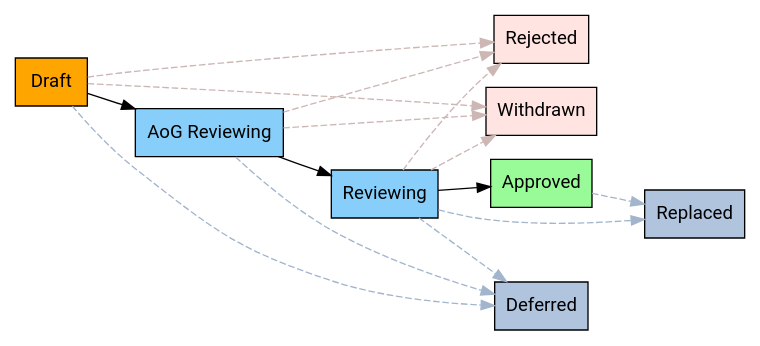
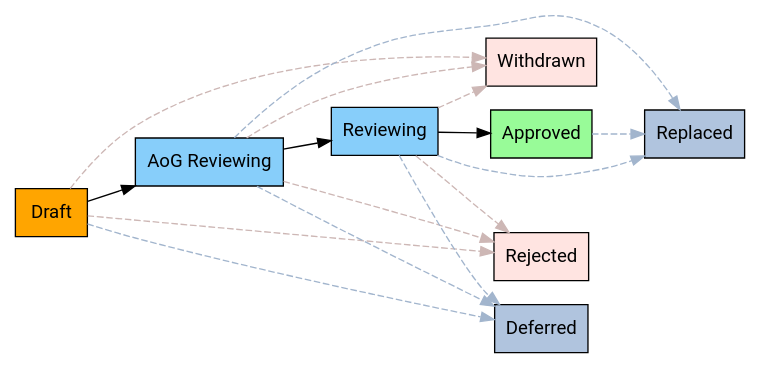
The second of 2 diagrams in aip/aog/3001.md (aip-dev/google.aip.dev), drawn with Graphviz before and after one commit.

Commit message:
[AIP-3001] Add an edge from "AoG Reviewing" to "Replaced" in the state graph.

````diff
--- a/aip/aog/3001.md
+++ b/aip/aog/3001.md
@@ -93,29 +93,30 @@
 ```graphviz
 digraph d_front_back {
   rankdir=LR;
   node [ style="filled,solid" shape=box fontname="Roboto" ];
   draft [ label="Draft" fillcolor="orange" ];
   aog_reviewing [ label="AoG Reviewing" fillcolor="lightskyblue" ];
   reviewing [ label="Reviewing" fillcolor="lightskyblue" ];
   approved [ label="Approved" fillcolor="palegreen" ];
   withdrawn [ label="Withdrawn" fillcolor="mistyrose" ];
   rejected [ label="Rejected" fillcolor="mistyrose" ];
   deferred [ label="Deferred" fillcolor="lightsteelblue" ];
   replaced [ label="Replaced" fillcolor="lightsteelblue" ];
 
   draft -> aog_reviewing;
   aog_reviewing -> reviewing;
   draft -> withdrawn [ style=dashed, color=mistyrose3 ];
   draft -> rejected [ style=dashed, color=mistyrose3 ];
   reviewing -> approved;
   aog_reviewing -> withdrawn [ style=dashed, color=mistyrose3 ];
   reviewing -> withdrawn [ style=dashed, color=mistyrose3 ];
   aog_reviewing -> rejected [ style=dashed, color=mistyrose3 ];
   reviewing -> rejected [ style=dashed, color=mistyrose3 ];
   draft -> deferred [ style=dashed, color=lightsteelblue3 ];
   aog_reviewing -> deferred [ style=dashed, color=lightsteelblue3 ];
   reviewing -> deferred [ style=dashed, color=lightsteelblue3 ];
   approved -> replaced [ style=dashed, color=lightsteelblue3 ];
+  aog_reviewing -> replaced [ style=dashed, color=lightsteelblue3 ];
   reviewing -> replaced [ style=dashed, color=lightsteelblue3 ];
 }
 ```
````
